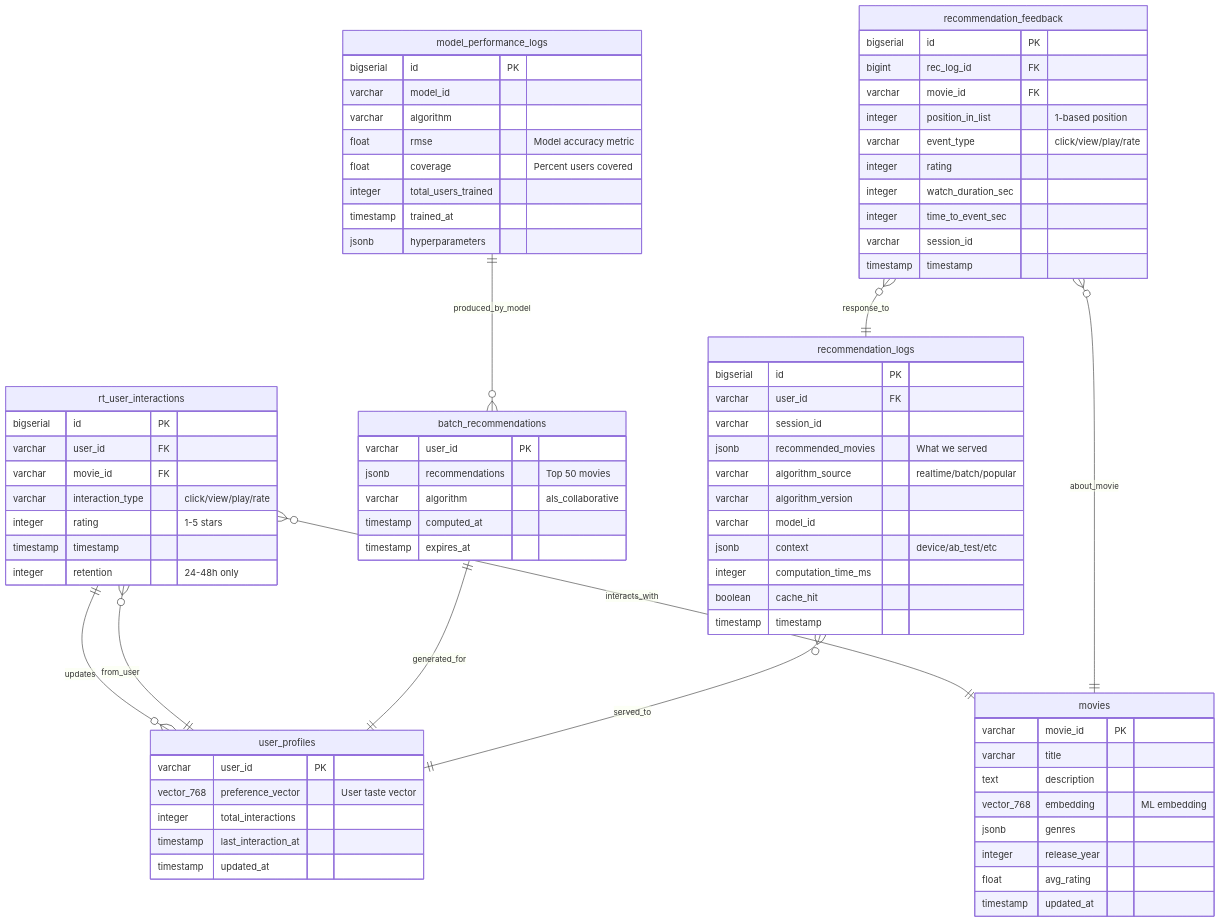
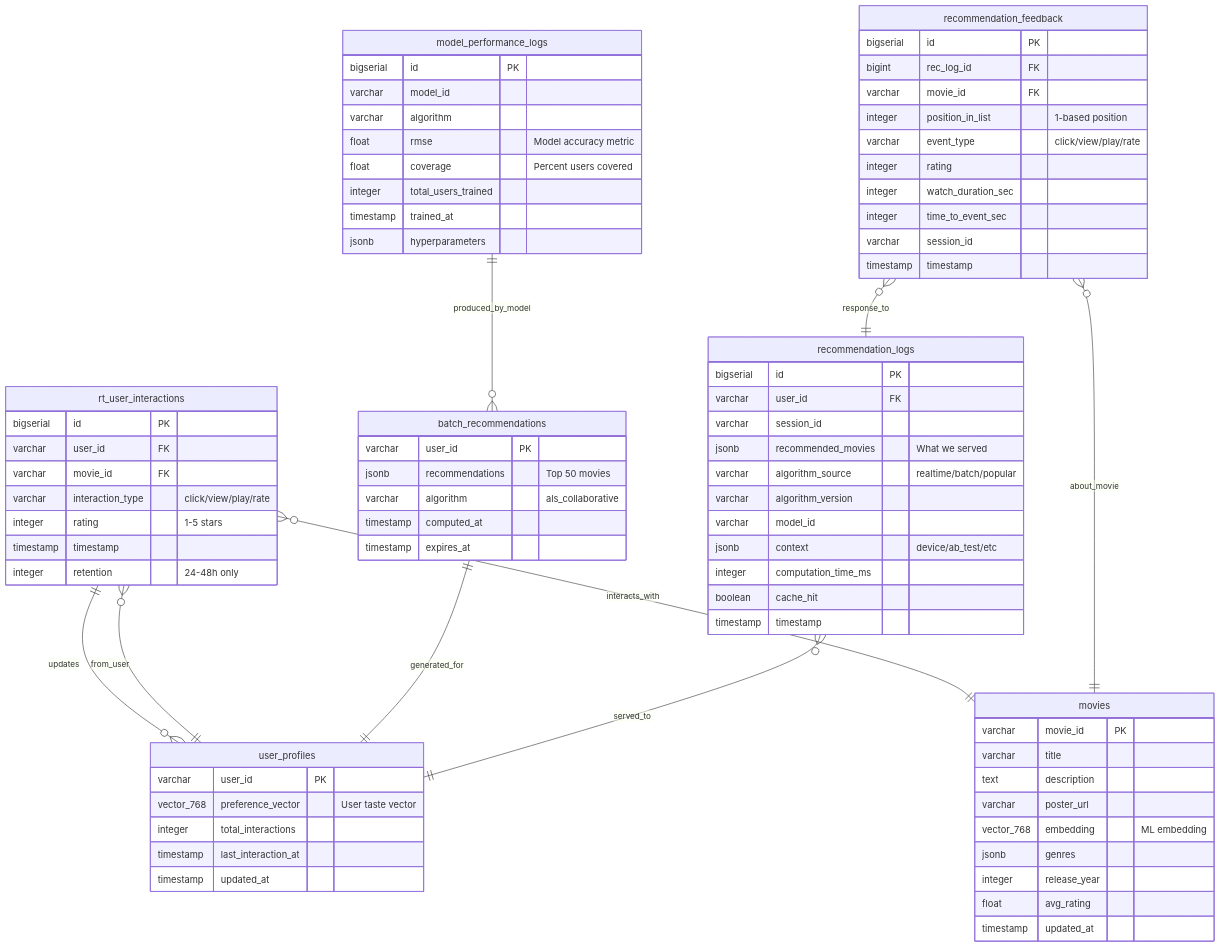
The diagram in mermaid/1_database_schema.md (ngotrieulong/Realtime-Recommendation-system), drawn with Mermaid before and after one commit. The commit also changed 4 other files, not shown here.

Commit message:
docs: update all mermaid diagrams with new architecture

```diff
--- a/mermaid/1_database_schema.md
+++ b/mermaid/1_database_schema.md
@@ -7,6 +7,7 @@
         varchar movie_id PK
         varchar title
         text description
+        varchar poster_url
         vector_768 embedding "ML embedding"
         jsonb genres
         integer release_year
```
